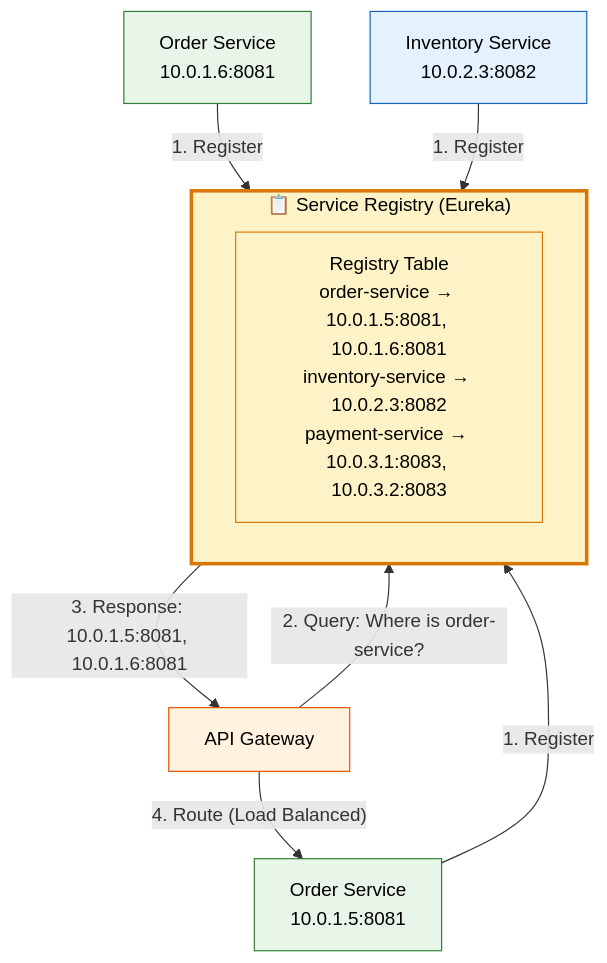
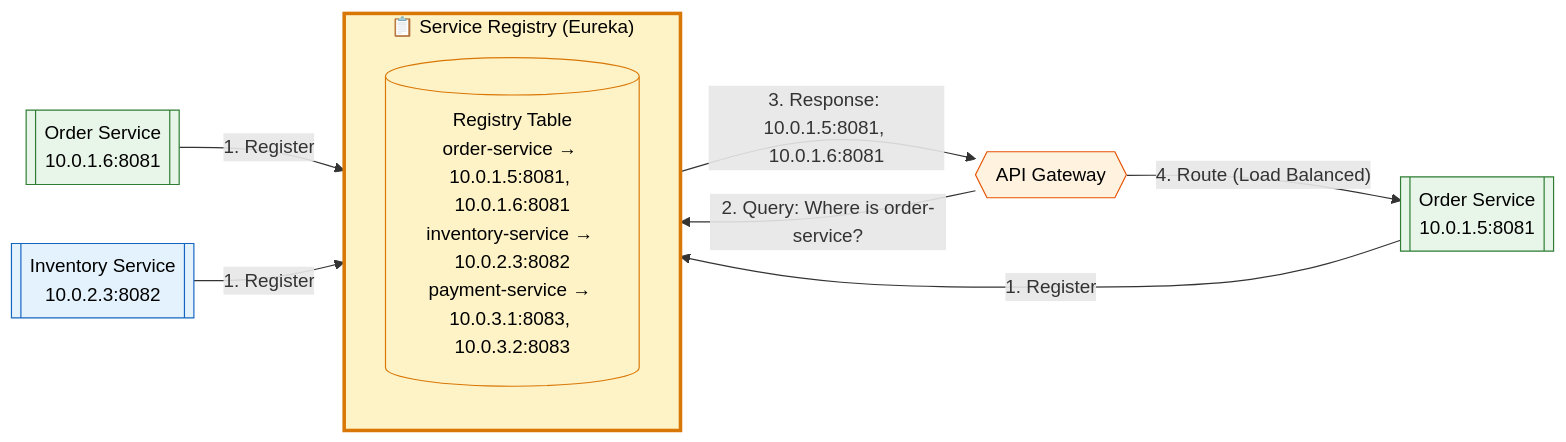
One commit to saivamsikaruturi/vamsilabs-dev-notes-main changed the first of 3 diagrams in docs/microservices/ServiceDiscovery.md. Above: the diagram before and after it, drawn with Mermaid. The commit also changed other lines of this file and 146 other files, not shown here.

Commit message:
Horizontal diagrams, UML class diagrams, typography overhaul, and permalink cleanup

````diff
--- a/docs/microservices/ServiceDiscovery.md
+++ b/docs/microservices/ServiceDiscovery.md
@@ -10,21 +10,21 @@
 ```mermaid
-flowchart TB
+flowchart LR
     subgraph Discovery["📋 Service Registry (Eureka)"]
-        REG["Registry Table<br/>order-service → 10.0.1.5:8081, 10.0.1.6:8081<br/>inventory-service → 10.0.2.3:8082<br/>payment-service → 10.0.3.1:8083, 10.0.3.2:8083"]
+        REG[("Registry Table<br/>order-service → 10.0.1.5:8081, 10.0.1.6:8081<br/>inventory-service → 10.0.2.3:8082<br/>payment-service → 10.0.3.1:8083, 10.0.3.2:8083")]
     end
     
-    S1["Order Service<br/>10.0.1.5:8081"] -->|"1. Register"| Discovery
-    S2["Order Service<br/>10.0.1.6:8081"] -->|"1. Register"| Discovery
-    S3["Inventory Service<br/>10.0.2.3:8082"] -->|"1. Register"| Discovery
+    S1[["Order Service<br/>10.0.1.5:8081"]] -->|"1. Register"| Discovery
+    S2[["Order Service<br/>10.0.1.6:8081"]] -->|"1. Register"| Discovery
+    S3[["Inventory Service<br/>10.0.2.3:8082"]] -->|"1. Register"| Discovery
     
-    GW["API Gateway"] -->|"2. Query: Where is order-service?"| Discovery
+    GW{{"API Gateway"}} -->|"2. Query: Where is order-service?"| Discovery
     Discovery -->|"3. Response: 10.0.1.5:8081, 10.0.1.6:8081"| GW
     GW -->|"4. Route (Load Balanced)"| S1
     
     style Discovery fill:#FEF3C7,stroke:#D97706,stroke-width:3px,color:#000
     style REG fill:#FEF3C7,stroke:#D97706,color:#000
     style S1 fill:#E8F5E9,stroke:#2E7D32,color:#000
     style S2 fill:#E8F5E9,stroke:#2E7D32,color:#000
     style S3 fill:#E3F2FD,stroke:#1565C0,color:#000
     style GW fill:#FFF3E0,stroke:#E65100,color:#000
 ```
````
